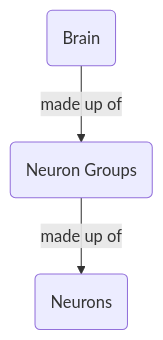
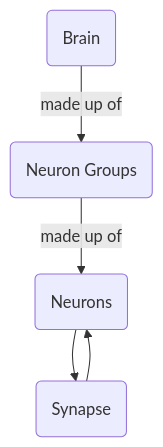
The first of 3 diagrams in docs/02brain.md (KayraParker-Nance/BrainBridge), drawn with Mermaid before and after one commit. The commit also changed other lines of this file, not shown here.

````diff
--- a/docs/02brain.md
+++ b/docs/02brain.md
@@ -3,5 +4,7 @@
 ```mermaid
 flowchart
 A(Brain) --made up of--> B(Neuron Groups)
 B --made up of--> C(Neurons)
+C --> D(Synapse)
+D --> C
 ```
````
